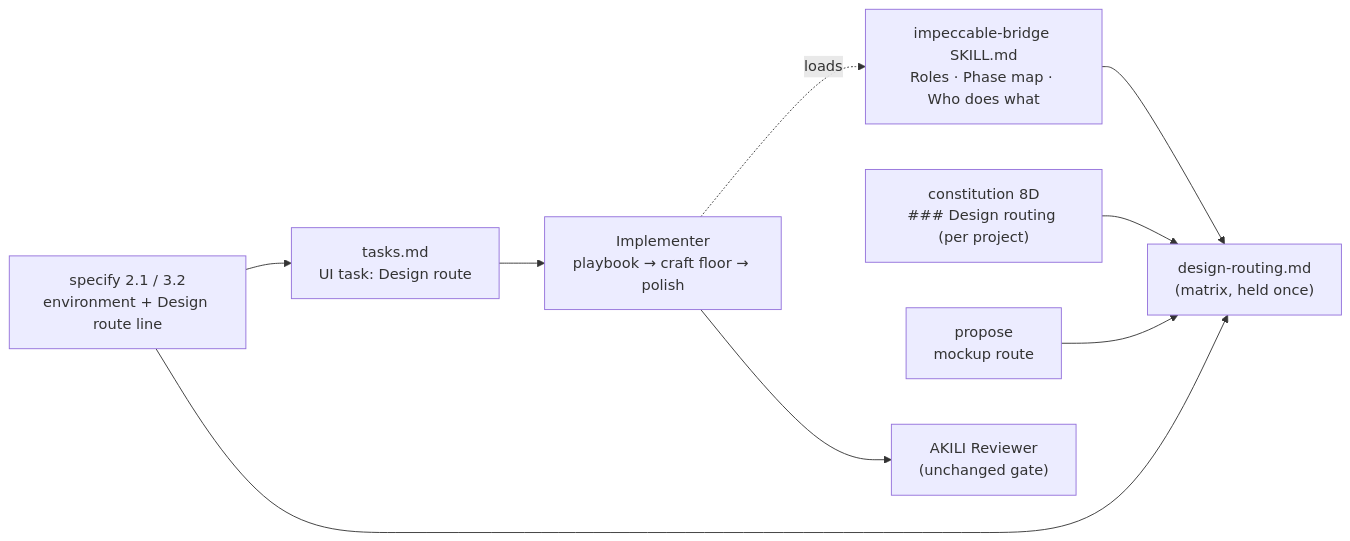
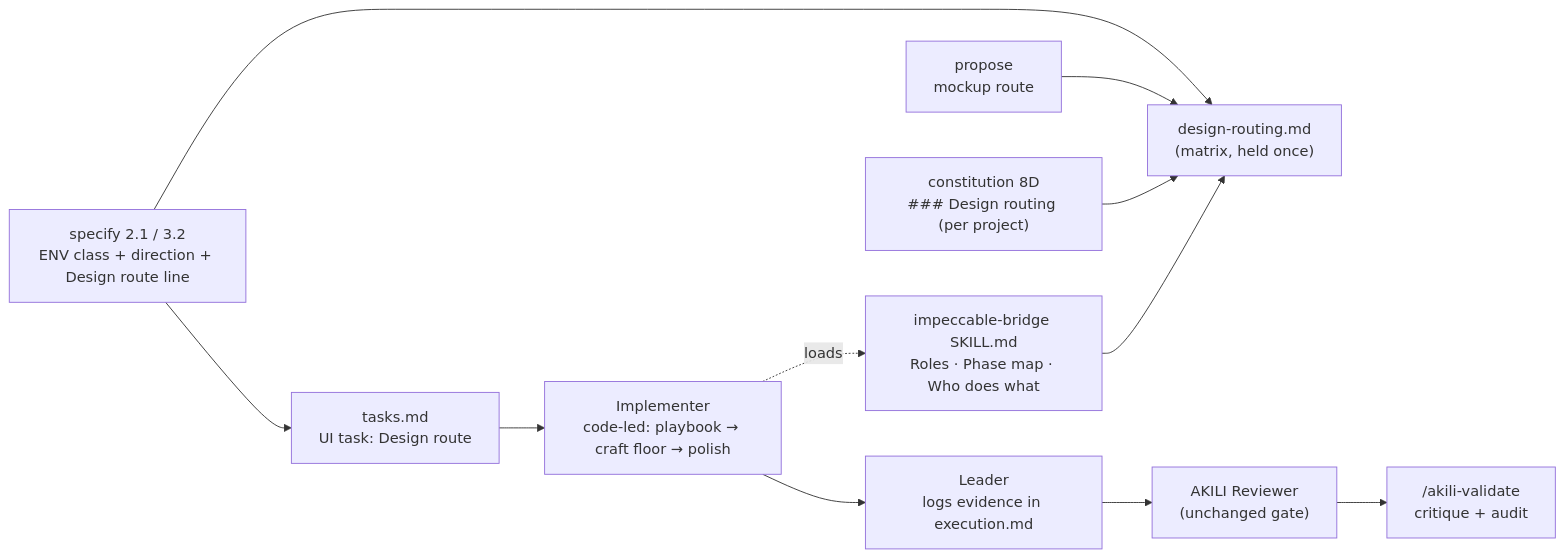
One commit to JuankCadavid/akili-specs changed the diagram in docs/specs/changes/design-skill-routing/design.md. Above: the diagram before and after it, drawn with Mermaid. The commit also changed other lines of this file and 3 other files, not shown here.

````diff
--- a/docs/specs/changes/design-skill-routing/design.md
+++ b/docs/specs/changes/design-skill-routing/design.md
@@ -27,17 +28,19 @@
 ```mermaid
 flowchart LR
   M["design-routing.md<br/>(matrix, held once)"]
   B["impeccable-bridge SKILL.md<br/>Roles · Phase map · Who does what"]
   C["constitution 8D<br/>### Design routing (per project)"]
   P["propose<br/>mockup route"]
-  S["specify 2.1 / 3.2<br/>environment + Design route line"]
+  S["specify 2.1 / 3.2<br/>ENV class + direction + Design route line"]
   T["tasks.md<br/>UI task: Design route"]
-  I["Implementer<br/>playbook → craft floor → polish"]
+  I["Implementer<br/>code-led: playbook → craft floor → polish"]
+  L["Leader<br/>logs evidence in execution.md"]
   R["AKILI Reviewer<br/>(unchanged gate)"]
+  V["/akili-validate<br/>critique + audit"]
   B --> M
   C --> M
   P --> M
   S --> M
-  S --> T --> I --> R
+  S --> T --> I --> L --> R --> V
   I -. loads .-> B
 ```
````
